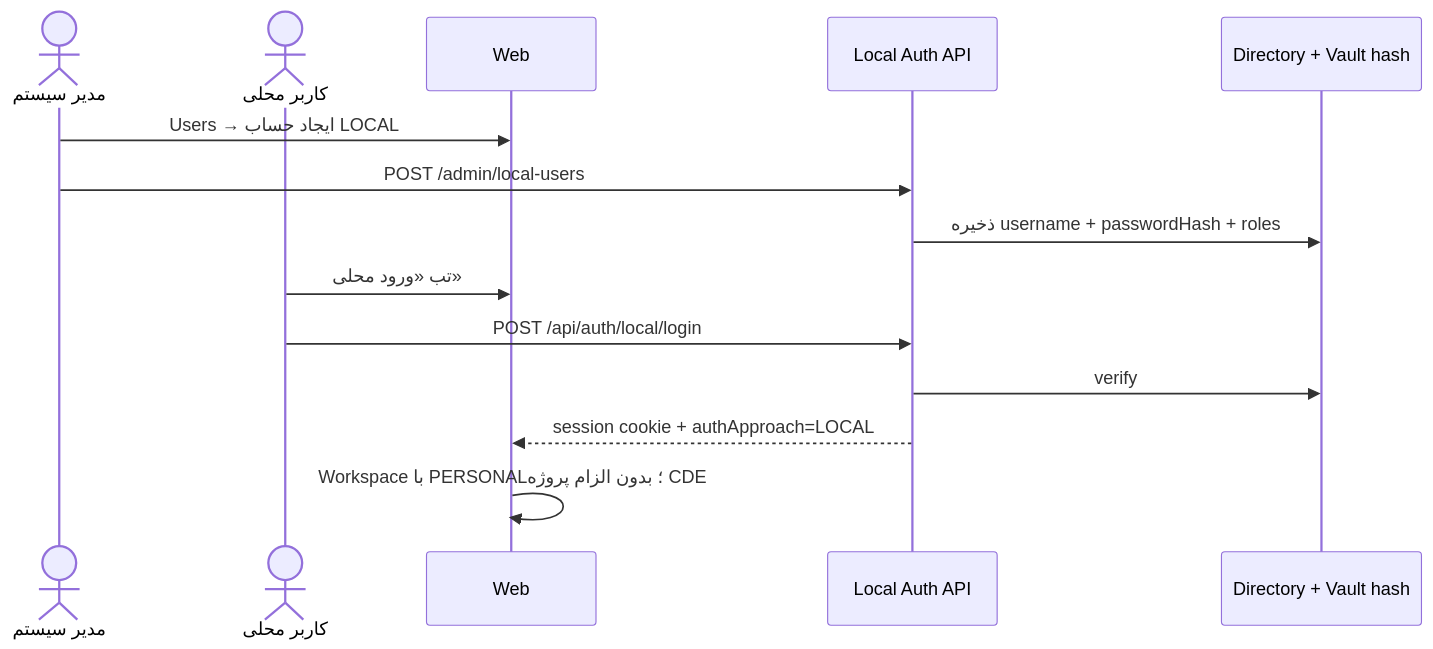
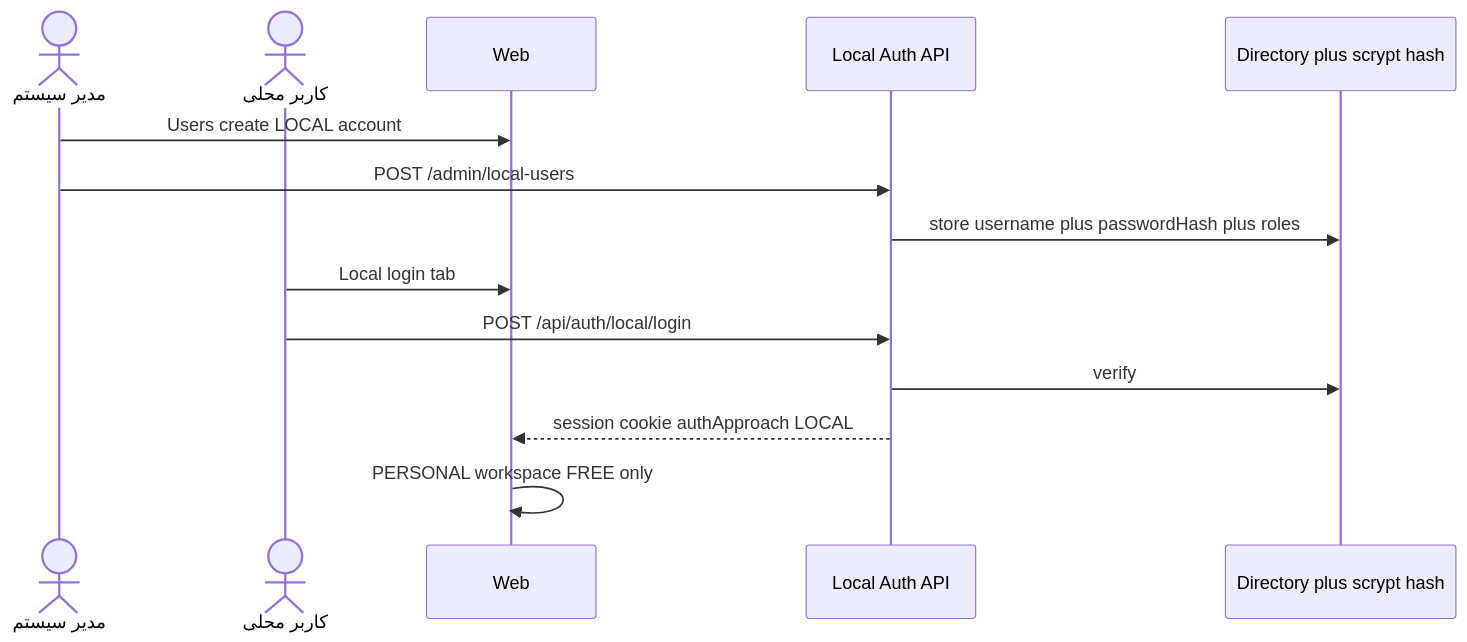
The diagram in docs/approaches/02-local-directory.md (themaryamhasani/API-CONSOLE), drawn with Mermaid before and after one commit. The commit also changed other lines of this file and 21 other files, not shown here.

````diff
--- a/docs/approaches/02-local-directory.md
+++ b/docs/approaches/02-local-directory.md
@@ -15,16 +15,16 @@
 ```mermaid
 sequenceDiagram
   actor Admin as مدیر سیستم
   actor U as کاربر محلی
   participant W as Web
   participant Auth as Local Auth API
-  participant Dir as Directory + Vault hash
-  Admin->>W: Users → ایجاد حساب LOCAL
+  participant Dir as Directory plus scrypt hash
+  Admin->>W: Users create LOCAL account
   Admin->>Auth: POST /admin/local-users
-  Auth->>Dir: ذخیره username + passwordHash + roles
-  U->>W: تب «ورود محلی»
+  Auth->>Dir: store username plus passwordHash plus roles
+  U->>W: Local login tab
   U->>Auth: POST /api/auth/local/login
   Auth->>Dir: verify
-  Auth-->>W: session cookie + authApproach=LOCAL
-  W->>W: Workspace با PERSONAL؛ بدون الزام پروژه CDE
+  Auth-->>W: session cookie authApproach LOCAL
+  W->>W: PERSONAL workspace FREE only
 ```
````
